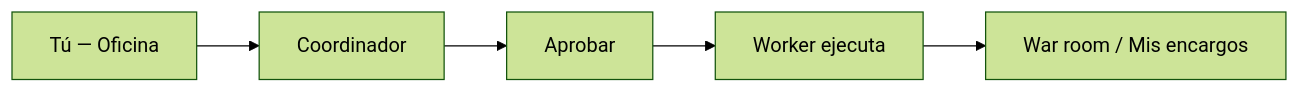
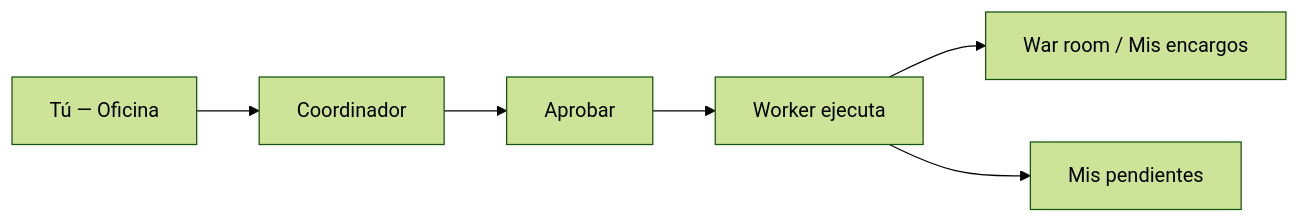
Before and after one commit to kreodevs/ia-company: the first of 2 diagrams in frontend/src/content/help/tutorial.md, drawn with Mermaid (forest theme). The commit also changed other lines of this file and 26 other files, not shown here.

````diff
--- a/frontend/src/content/help/tutorial.md
+++ b/frontend/src/content/help/tutorial.md
@@ -60,7 +61,8 @@
 ```mermaid
 flowchart LR
   A[Tú — Oficina] --> B[Coordinador]
   B --> C[Aprobar]
   C --> D[Worker ejecuta]
   D --> E[War room / Mis encargos]
+  D --> F[Mis pendientes]
 ```
````
